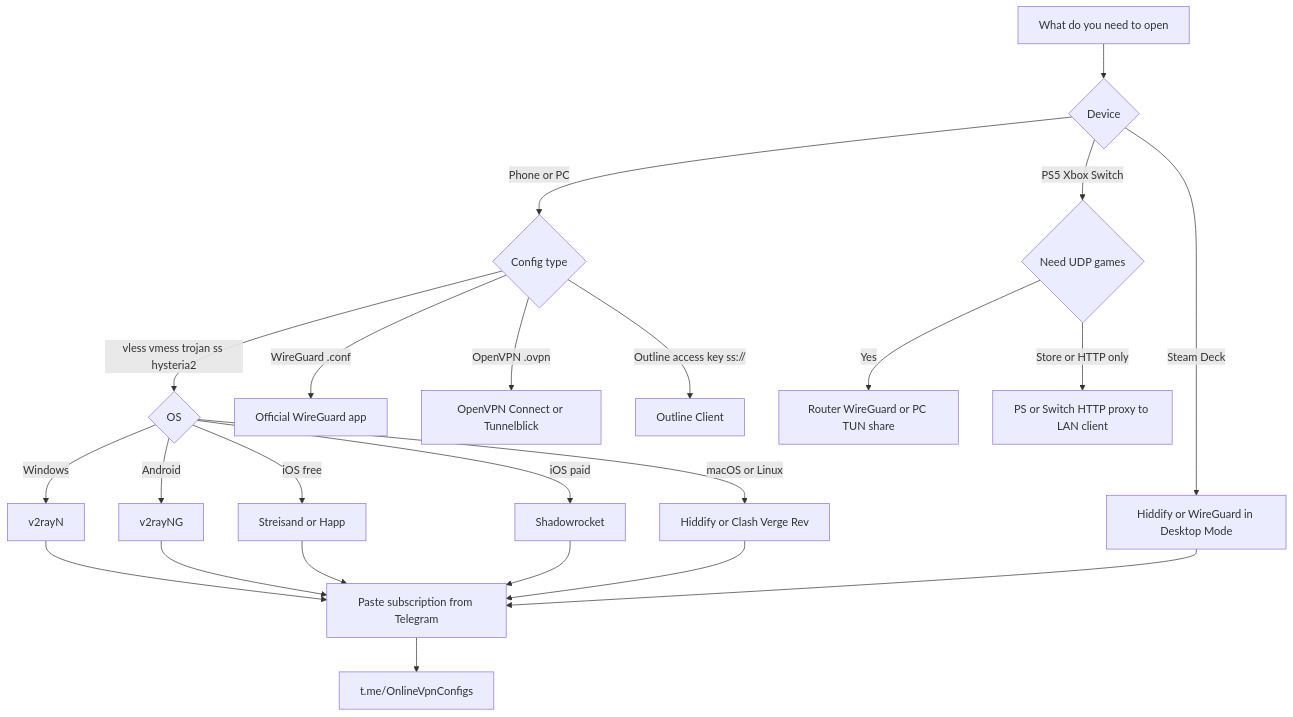
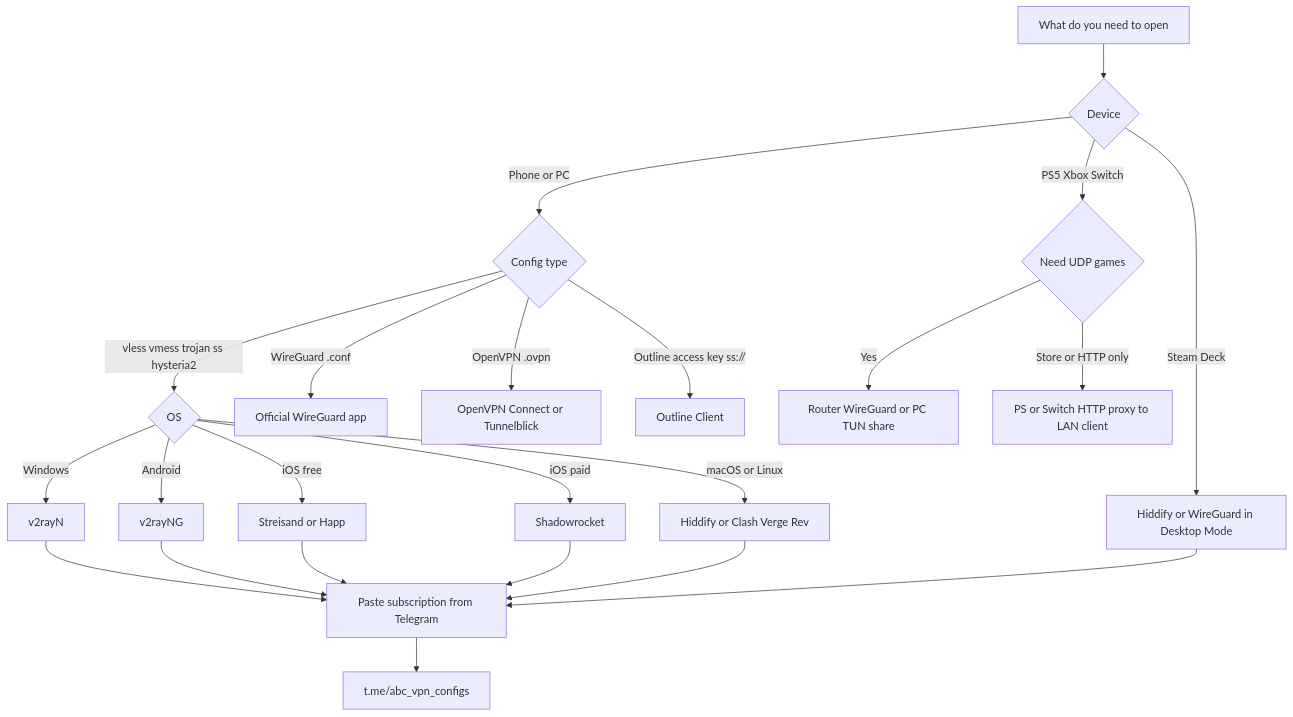
Before and after one commit to freeVpnMan/awesome-vpn-clients: the diagram in README.md, drawn with Mermaid. The commit also changed other lines of this file, not shown here.

First line of the commit message:
Change Telegram channel references to @abc_vpn_configs

````diff
--- a/README.md
+++ b/README.md
@@ -75,25 +75,25 @@
 ```mermaid
 flowchart TD
   A[What do you need to open] --> B{Device}
   B -->|Phone or PC| C{Config type}
   B -->|PS5 Xbox Switch| N{Need UDP games}
   B -->|Steam Deck| P[Hiddify or WireGuard in Desktop Mode]
   C -->|vless vmess trojan ss hysteria2| D{OS}
   C -->|WireGuard .conf| E[Official WireGuard app]
   C -->|OpenVPN .ovpn| F[OpenVPN Connect or Tunnelblick]
   C -->|Outline access key ss://| G[Outline Client]
   D -->|Windows| H[v2rayN]
   D -->|Android| I[v2rayNG]
   D -->|iOS free| J[Streisand or Happ]
   D -->|iOS paid| K[Shadowrocket]
   D -->|macOS or Linux| L[Hiddify or Clash Verge Rev]
   N -->|Yes| O[Router WireGuard or PC TUN share]
   N -->|Store or HTTP only| Q[PS or Switch HTTP proxy to LAN client]
   H --> R[Paste subscription from Telegram]
   I --> R
   J --> R
   K --> R
   L --> R
   P --> R
-  R --> S["t.me/OnlineVpnConfigs"]
+  R --> S["t.me/abc_vpn_configs"]
 ```
````
